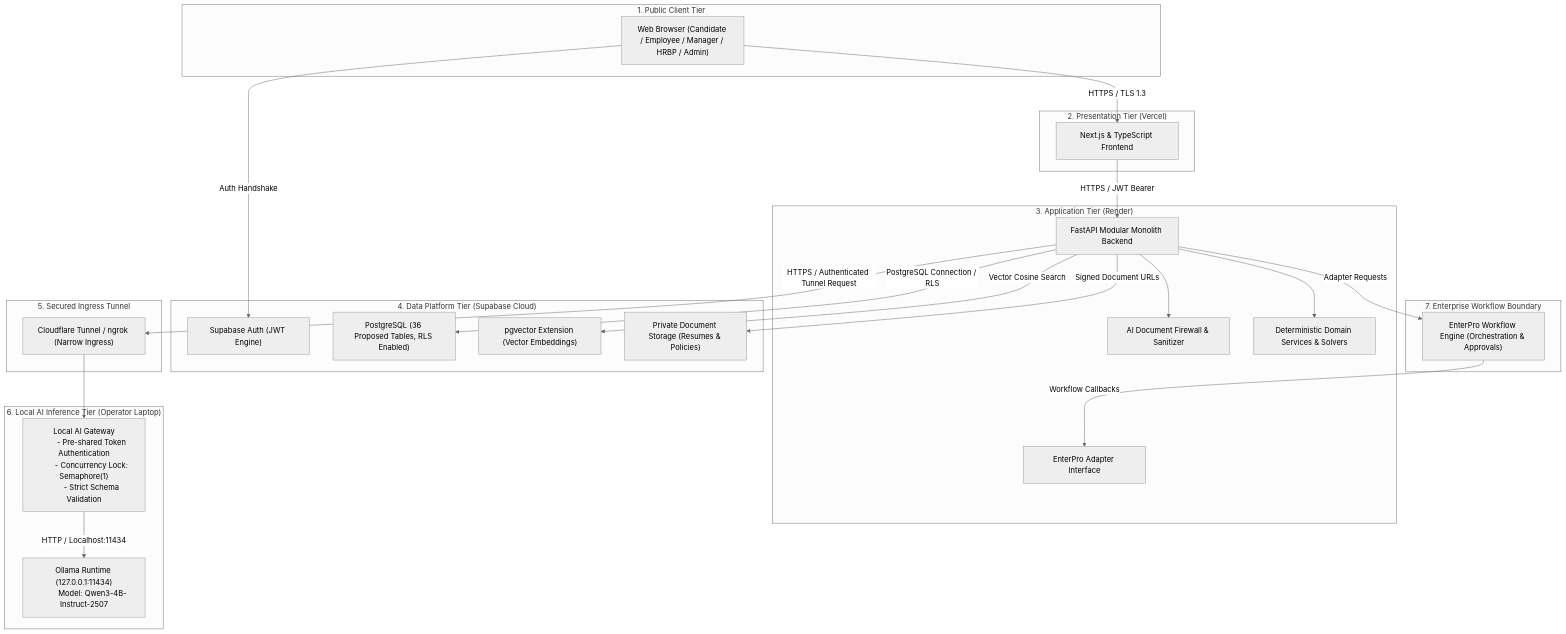
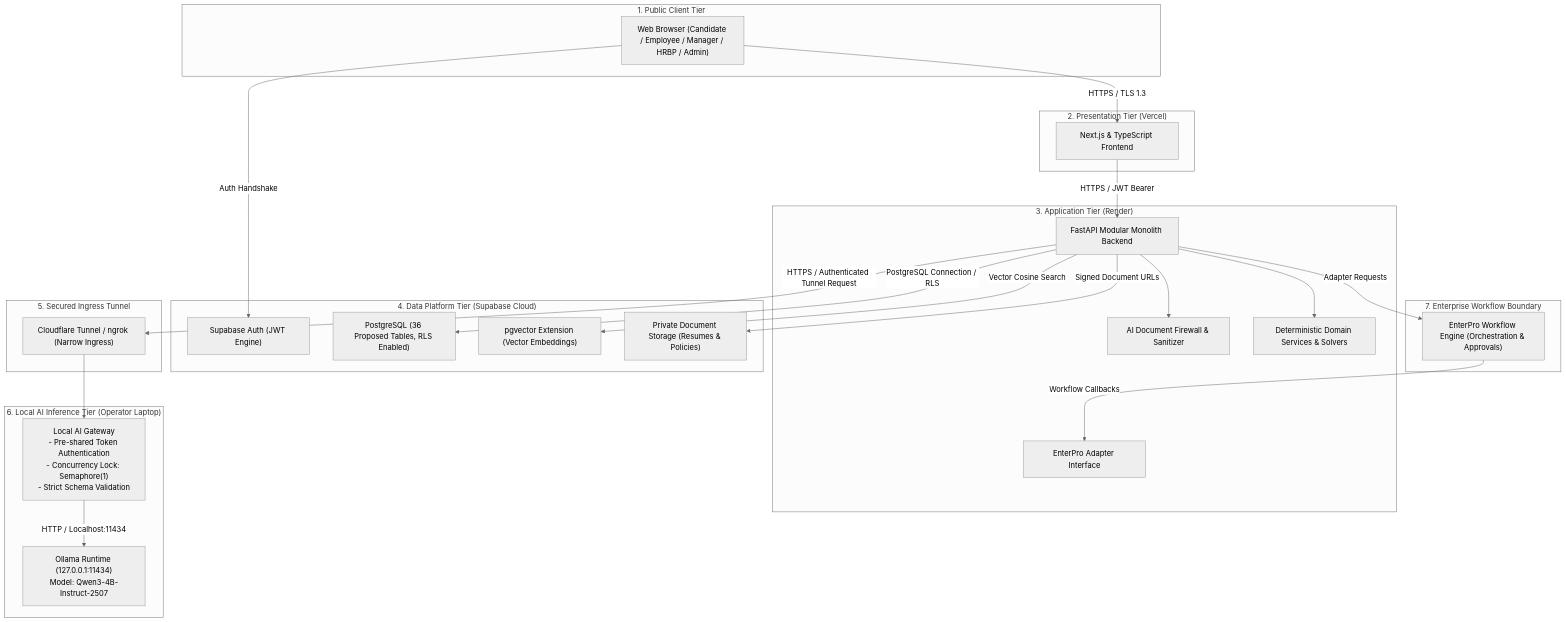
The second of 2 diagrams in README.md (sharancode3/WorkSense), drawn with Mermaid (neutral theme) before and after one commit. The commit also changed other lines of this file and 9 other files, not shown here.

Commit message:
fix(docs): resolve Mermaid syntax parse errors across all markdown specifications

````diff
--- a/README.md
+++ b/README.md
@@ -234,58 +235,55 @@
 ```mermaid
 flowchart TD
     subgraph ClientTier["1. Public Client Tier"]
         BROWSER["Web Browser (Candidate / Employee / Manager / HRBP / Admin)"]
     end
 
     subgraph VercelEdge["2. Presentation Tier (Vercel)"]
         FE["Next.js & TypeScript Frontend"]
     end
 
     subgraph RenderCloud["3. Application Tier (Render)"]
         API["FastAPI Modular Monolith Backend"]
         FIREWALL["AI Document Firewall & Sanitizer"]
         RULES["Deterministic Domain Services & Solvers"]
         EP_ADAPTER["EnterPro Adapter Interface"]
     end
 
     subgraph SupabasePlatform["4. Data Platform Tier (Supabase Cloud)"]
         AUTH["Supabase Auth (JWT Engine)"]
         DB["PostgreSQL (36 Proposed Tables, RLS Enabled)"]
         PGV["pgvector Extension (Vector Embeddings)"]
         STORAGE["Private Document Storage (Resumes & Policies)"]
     end
 
     subgraph SecureTunnel["5. Secured Ingress Tunnel"]
         TUNNEL["Cloudflare Tunnel / ngrok (Narrow Ingress)"]
     end
 
     subgraph OperatorHost["6. Local AI Inference Tier (Operator Laptop)"]
-        GATEWAY["Local AI Gateway
-        - Pre-shared Token Authentication
-        - Concurrency Lock: Semaphore(1)
-        - Strict Schema Validation"]
-        OLLAMA["Ollama Runtime (127.0.0.1:11434)
-        Model: Qwen3-4B-Instruct-2507"]
+        GATEWAY["Local AI Gateway<br/>- Pre-shared Token Authentication<br/>- Concurrency Lock: Semaphore(1)<br/>- Strict Schema Validation"]
+        OLLAMA["Ollama Runtime (127.0.0.1:11434)<br/>Model: Qwen3-4B-Instruct-2507"]
     end
 
     subgraph EnterpriseBoundary["7. Enterprise Workflow Boundary"]
         ENTERPRO["EnterPro Workflow Engine (Orchestration & Approvals)"]
     end
 
-    BROWSER -->|HTTPS / TLS 1.3| FE
-    BROWSER -->|Auth Handshake| AUTH
-    FE -->|HTTPS / JWT Bearer| API
+    BROWSER -->|"HTTPS / TLS 1.3"| FE
+    BROWSER -->|"Auth Handshake"| AUTH
+    FE -->|"HTTPS / JWT Bearer"| API
 
     API --> FIREWALL
     API --> RULES
-    API -->|PostgreSQL Connection / RLS| DB
-    API -->|Vector Cosine Search| PGV
-    API -->|Signed Document URLs| STORAGE
+    API -->|"PostgreSQL Connection / RLS"| DB
+    API -->|"Vector Cosine Search"| PGV
+    API -->|"Signed Document URLs"| STORAGE
 
-    API -->|Adapter Requests| ENTERPRO
-    ENTERPRO -->|Workflow Callbacks| EP_ADAPTER
+    API -->|"Adapter Requests"| ENTERPRO
+    ENTERPRO -->|"Workflow Callbacks"| EP_ADAPTER
 
-    API -->|HTTPS / Authenticated Tunnel Request| TUNNEL
+    API -->|"HTTPS / Authenticated Tunnel Request"| TUNNEL
     TUNNEL --> GATEWAY
-    GATEWAY -->|HTTP / Localhost:11434| OLLAMA
+    GATEWAY -->|"HTTP / Localhost:11434"| OLLAMA
+
 ```
````
